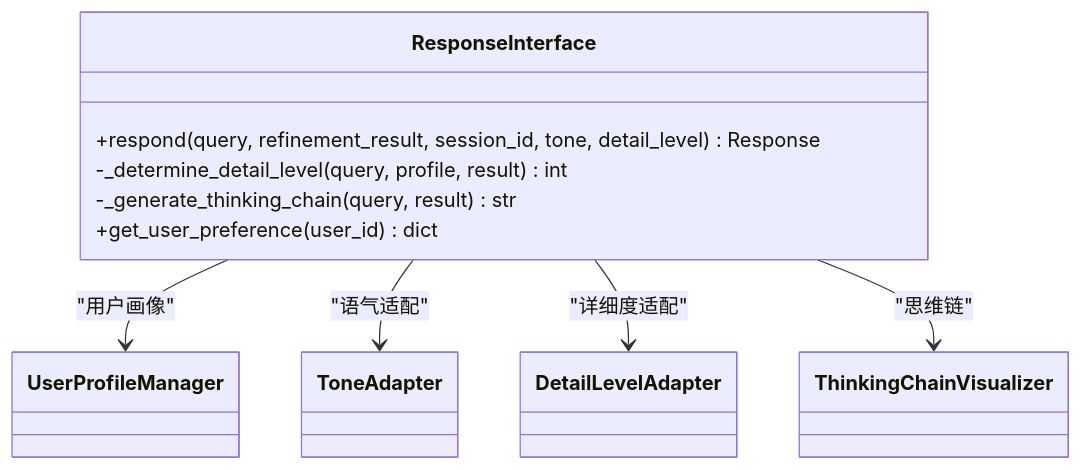
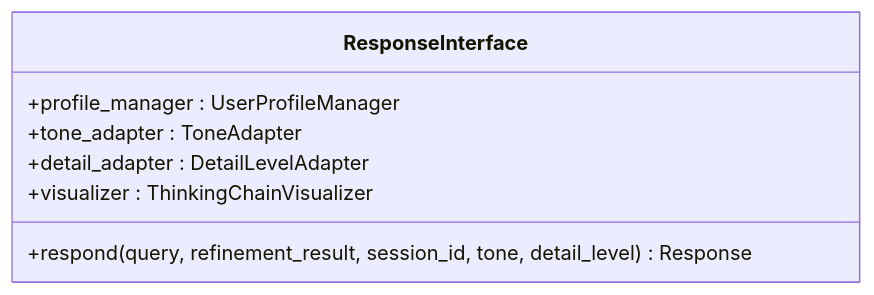
One commit to JieGaoPrinceton/NecoRAG changed the eighth of 12 diagrams in .qoder/repowiki/zh/content/核心架构设计/核心架构设计.md. Above: the diagram before and after it, drawn with Mermaid. The commit also changed other lines of this file and 181 other files, not shown here.

````diff
--- a/.qoder/repowiki/zh/content/核心架构设计/核心架构设计.md
+++ b/.qoder/repowiki/zh/content/核心架构设计/核心架构设计.md
@@ -338,17 +323,10 @@
 ```mermaid
 classDiagram
 class ResponseInterface {
++profile_manager : UserProfileManager
++tone_adapter : ToneAdapter
++detail_adapter : DetailLevelAdapter
++visualizer : ThinkingChainVisualizer
 +respond(query, refinement_result, session_id, tone, detail_level) Response
--_determine_detail_level(query, profile, result) int
--_generate_thinking_chain(query, result) str
-+get_user_preference(user_id) dict
 }
-class UserProfileManager
-class ToneAdapter
-class DetailLevelAdapter
-class ThinkingChainVisualizer
-ResponseInterface --> UserProfileManager : "用户画像"
-ResponseInterface --> ToneAdapter : "语气适配"
-ResponseInterface --> DetailLevelAdapter : "详细度适配"
-ResponseInterface --> ThinkingChainVisualizer : "思维链"
 ```
````
